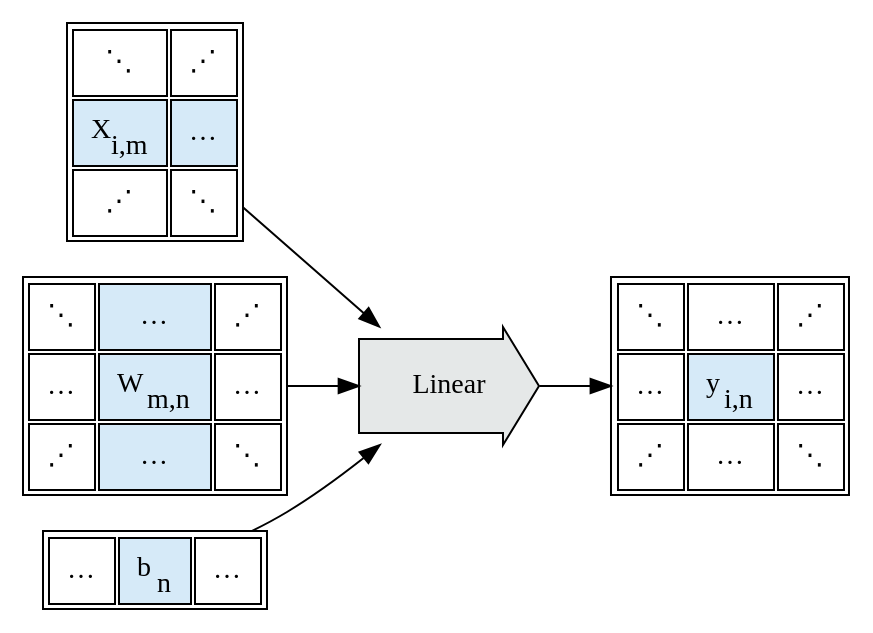
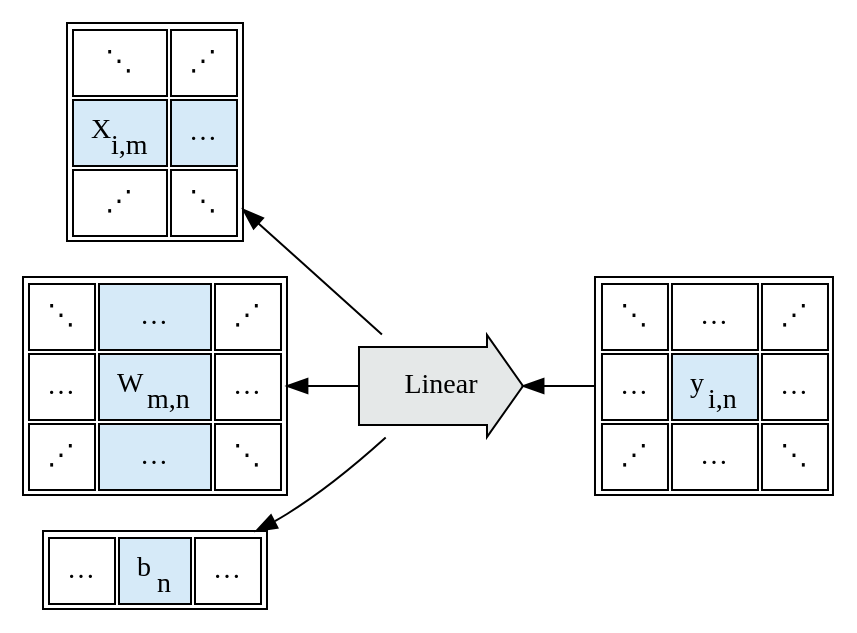
The ninth of 55 diagrams in source/Tapestry/index.md (crutcher/crutcher.github.io-source), drawn with Graphviz before and after one commit. The commit also changed other lines of this file, not shown here.

Commit message:
graph ordering

````diff
--- a/source/Tapestry/index.md
+++ b/source/Tapestry/index.md
@@ -1244,6 +1390,6 @@
 ```graphviz
 digraph G {
-    rankdir=LR;
+    rankdir=RL;
 
     x [
         shape="plain",
@@ -1293,7 +1439,7 @@
         shape=rarrow,
         style=filled,
         fillcolor="#E5E8E8",
-        margin=0.3
+        margin=0.25
     ];
 
     b [
@@ -1331,12 +1477,11 @@
             </table>
         >,
     ];
-
-
-    x -> op;
-    op -> y;
-
-    w -> op;
-    b -> op;
+    
+    op -> x;
+    y -> op;
+    
+    op -> w;
+    op -> b;
 }
 ```
````
